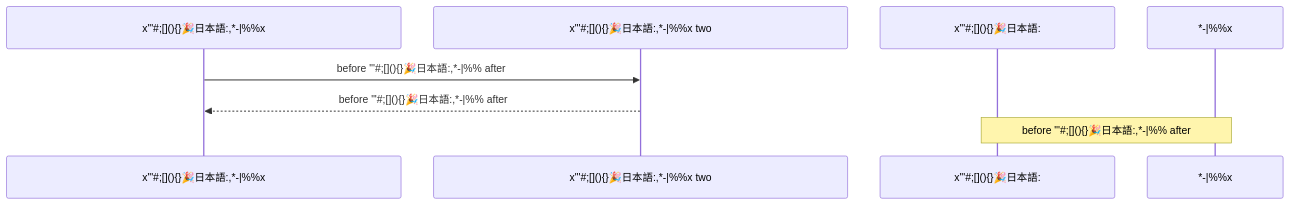
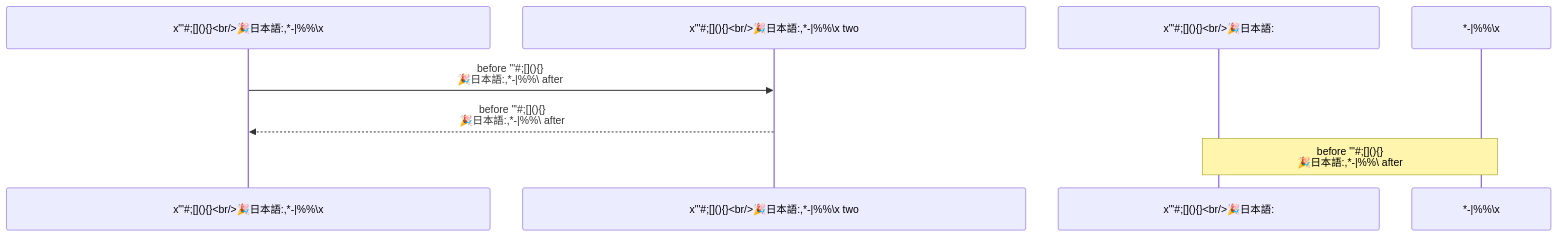
One commit to nao1215/markdown changed the diagram in doc/edgecase/sequence.md. Above: the diagram before and after it, drawn with Mermaid. The commit also changed 18 other files, not shown here.

First line of the commit message:
test(edgecase): put every character through every diagram type (#172)

````diff
--- a/doc/edgecase/sequence.md
+++ b/doc/edgecase/sequence.md
@@ -5,8 +5,8 @@
 ```mermaid
 sequenceDiagram
-    participant x"'##59;[]#40;#41;{}🎉日本語#58;#44;*#45;|#37;#37;x
-    participant x"'##59;[]#40;#41;{}🎉日本語#58;#44;*#45;|#37;#37;x two
-    x"'##59;[]#40;#41;{}🎉日本語#58;#44;*#45;|#37;#37;x->>x"'##59;[]#40;#41;{}🎉日本語#58;#44;*#45;|#37;#37;x two: before "'#35;#59;[](){}🎉日本語:,*-|%% after
-    x"'##59;[]#40;#41;{}🎉日本語#58;#44;*#45;|#37;#37;x two-->>x"'##59;[]#40;#41;{}🎉日本語#58;#44;*#45;|#37;#37;x: before "'#35;#59;[](){}🎉日本語:,*-|%% after
-    note over x"'##59;[]#40;#41;{}🎉日本語#58;,*#45;|#37;#37;x: before "'#35;#59;[](){}🎉日本語:,*-|%% after
+    participant x"'##59;[]#40;#41;{}#60;br/#62;🎉日本語#58;#44;*#45;|#37;#37;\x
+    participant x"'##59;[]#40;#41;{}#60;br/#62;🎉日本語#58;#44;*#45;|#37;#37;\x two
+    x"'##59;[]#40;#41;{}#60;br/#62;🎉日本語#58;#44;*#45;|#37;#37;\x->>x"'##59;[]#40;#41;{}#60;br/#62;🎉日本語#58;#44;*#45;|#37;#37;\x two: before "'#35;#59;[](){}<br/>🎉日本語:,*-|%%\ after
+    x"'##59;[]#40;#41;{}#60;br/#62;🎉日本語#58;#44;*#45;|#37;#37;\x two-->>x"'##59;[]#40;#41;{}#60;br/#62;🎉日本語#58;#44;*#45;|#37;#37;\x: before "'#35;#59;[](){}<br/>🎉日本語:,*-|%%\ after
+    note over x"'##59;[]#40;#41;{}#60;br/#62;🎉日本語#58;,*#45;|#37;#37;\x: before "'#35;#59;[](){}<br/>🎉日本語:,*-|%%\ after
 ```
````
